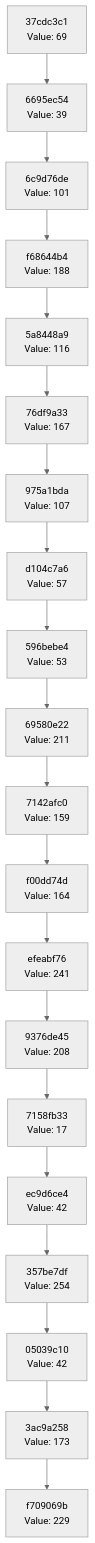
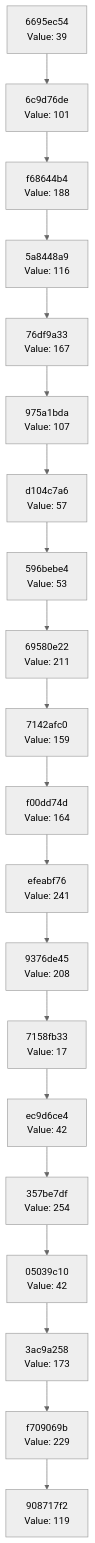
One commit to Abhisheksinha1506/hash-chain-evolver changed the diagram in docs/CHAIN_VISUALIZATION.md. Above: the diagram before and after it, drawn with Mermaid (neutral theme). The commit also changed 3 other files, not shown here.

````diff
--- a/docs/CHAIN_VISUALIZATION.md
+++ b/docs/CHAIN_VISUALIZATION.md
@@ -3,42 +3,42 @@
 ```mermaid
 graph TD
-    C0["f709069b<br/>Value: 229"]
-    C1["3ac9a258<br/>Value: 173"]
+    C0["908717f2<br/>Value: 119"]
+    C1["f709069b<br/>Value: 229"]
     C1 --> C0
-    C2["05039c10<br/>Value: 42"]
+    C2["3ac9a258<br/>Value: 173"]
     C2 --> C1
-    C3["357be7df<br/>Value: 254"]
+    C3["05039c10<br/>Value: 42"]
     C3 --> C2
-    C4["ec9d6ce4<br/>Value: 42"]
+    C4["357be7df<br/>Value: 254"]
     C4 --> C3
-    C5["7158fb33<br/>Value: 17"]
+    C5["ec9d6ce4<br/>Value: 42"]
     C5 --> C4
-    C6["9376de45<br/>Value: 208"]
+    C6["7158fb33<br/>Value: 17"]
     C6 --> C5
-    C7["efeabf76<br/>Value: 241"]
+    C7["9376de45<br/>Value: 208"]
     C7 --> C6
-    C8["f00dd74d<br/>Value: 164"]
+    C8["efeabf76<br/>Value: 241"]
     C8 --> C7
-    C9["7142afc0<br/>Value: 159"]
+    C9["f00dd74d<br/>Value: 164"]
     C9 --> C8
-    C10["69580e22<br/>Value: 211"]
+    C10["7142afc0<br/>Value: 159"]
     C10 --> C9
-    C11["596bebe4<br/>Value: 53"]
+    C11["69580e22<br/>Value: 211"]
     C11 --> C10
-    C12["d104c7a6<br/>Value: 57"]
+    C12["596bebe4<br/>Value: 53"]
     C12 --> C11
-    C13["975a1bda<br/>Value: 107"]
+    C13["d104c7a6<br/>Value: 57"]
     C13 --> C12
-    C14["76df9a33<br/>Value: 167"]
+    C14["975a1bda<br/>Value: 107"]
     C14 --> C13
-    C15["5a8448a9<br/>Value: 116"]
+    C15["76df9a33<br/>Value: 167"]
     C15 --> C14
-    C16["f68644b4<br/>Value: 188"]
+    C16["5a8448a9<br/>Value: 116"]
     C16 --> C15
-    C17["6c9d76de<br/>Value: 101"]
+    C17["f68644b4<br/>Value: 188"]
     C17 --> C16
-    C18["6695ec54<br/>Value: 39"]
+    C18["6c9d76de<br/>Value: 101"]
     C18 --> C17
-    C19["37cdc3c1<br/>Value: 69"]
+    C19["6695ec54<br/>Value: 39"]
     C19 --> C18
 ```
````
